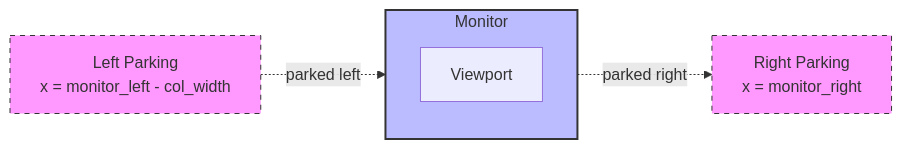
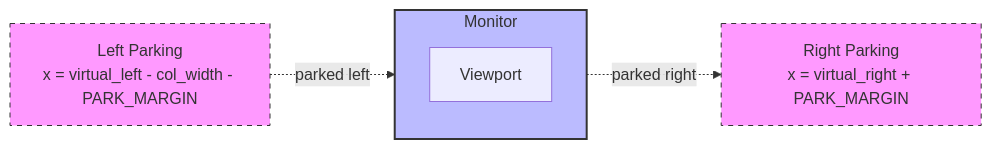
The third of 3 diagrams in docs/src/dev-guide/layout/projection.md (darth-feir/flow-wm-multi-monitor), drawn with Mermaid before and after one commit. The commit also changed other lines of this file and 33 other files, not shown here.

First line of the commit message:
docs: move the fork to github.com/darth-feir/flow-wm and audit every guide page against the code

````diff
--- a/docs/src/dev-guide/layout/projection.md
+++ b/docs/src/dev-guide/layout/projection.md
@@ -100,16 +100,16 @@
 ```mermaid
 graph LR
     subgraph Monitor["Monitor"]
         VP["Viewport"]
     end
 
-    PL["Left Parking\nx = monitor_left - col_width"]
-    PR["Right Parking\nx = monitor_right"]
+    PL["Left Parking\nx = virtual_left - col_width - PARK_MARGIN"]
+    PR["Right Parking\nx = virtual_right + PARK_MARGIN"]
 
     PL -.->|"parked left"| Monitor
     Monitor -.->|"parked right"| PR
 
     style PL fill:#f9f,stroke:#333,stroke-dasharray: 5 5
     style PR fill:#f9f,stroke:#333,stroke-dasharray: 5 5
     style Monitor fill:#bbf,stroke:#333,stroke-width:2px
 ```
````
